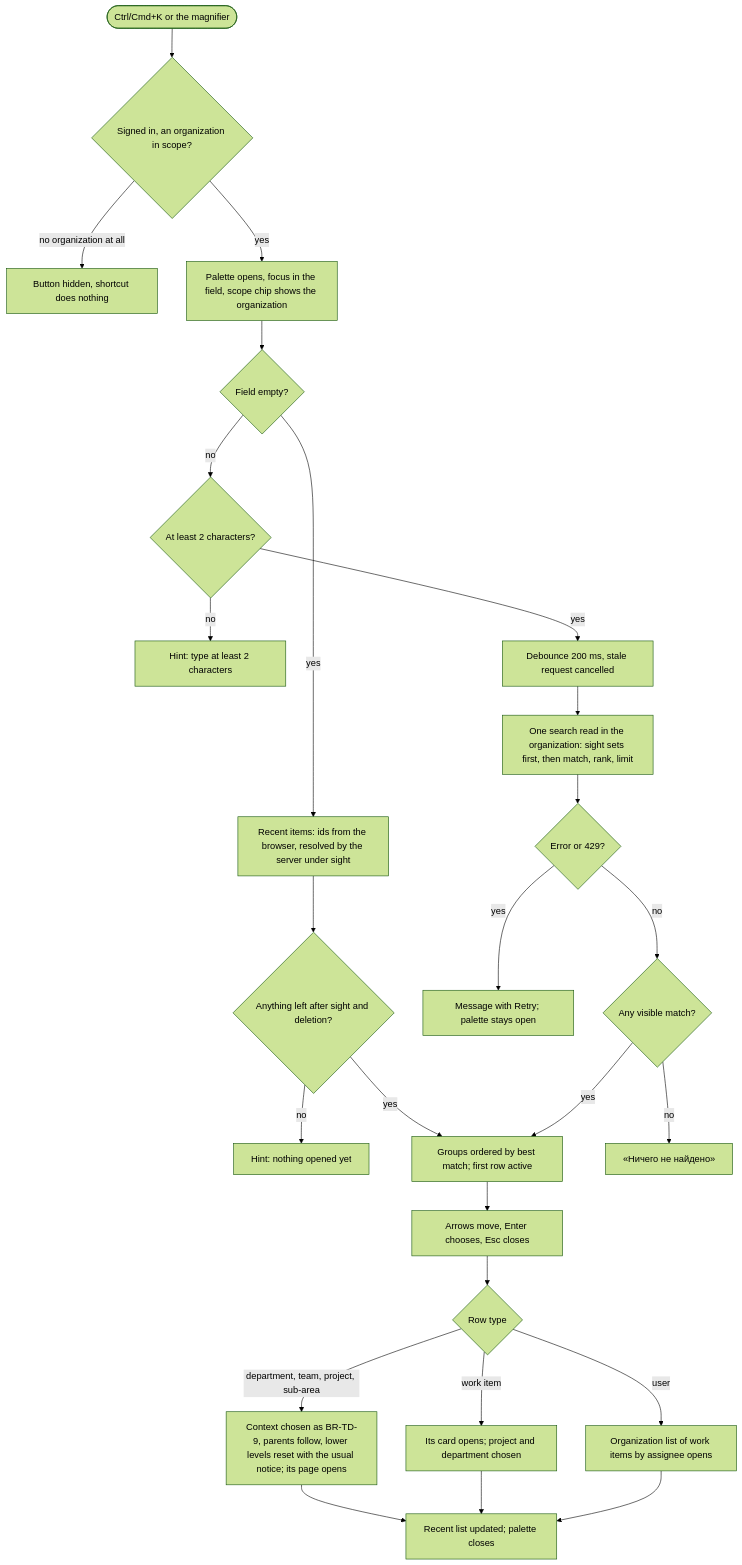
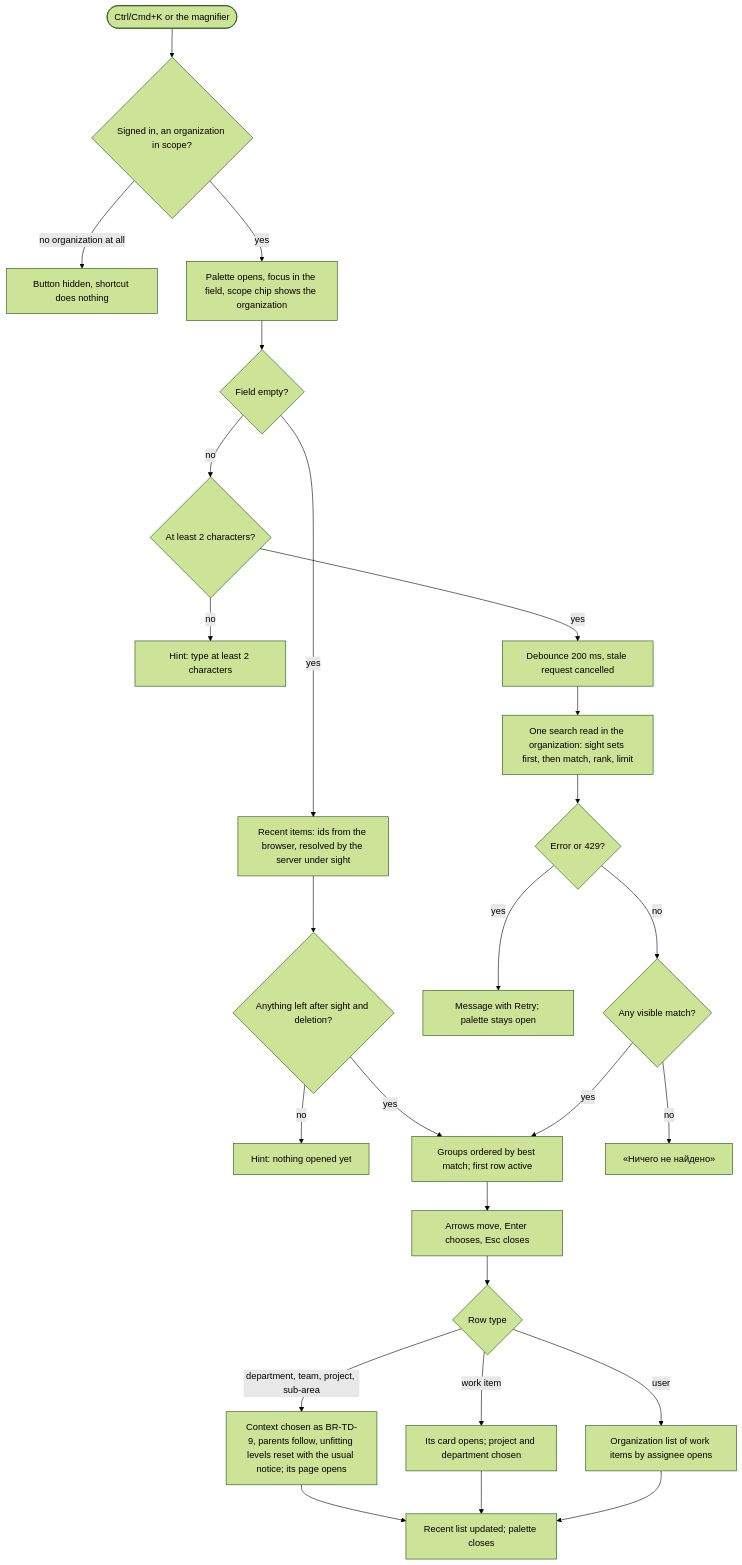
The diagram in docs/features/feat-065-global-search/spec.md (totKtoXam/mustask), drawn with Mermaid (forest theme) before and after one commit. The commit also changed other lines of this file and 8 other files, not shown here.

````diff
--- a/docs/features/feat-065-global-search/spec.md
+++ b/docs/features/feat-065-global-search/spec.md
@@ -34,28 +34,28 @@
 ```mermaid
 flowchart TD
     O([Ctrl/Cmd+K or the magnifier]) --> M{Signed in, an organization in scope?}
     M -->|no organization at all| M0[Button hidden, shortcut does nothing]
     M -->|yes| P[Palette opens, focus in the field, scope chip shows the organization]
     P --> F{Field empty?}
     F -->|yes| R[Recent items: ids from the browser, resolved by the server under sight]
     R --> R1{Anything left after sight and deletion?}
     R1 -->|no| R2[Hint: nothing opened yet]
     R1 -->|yes| L
     F -->|no| Q{At least 2 characters?}
     Q -->|no| Q0[Hint: type at least 2 characters]
     Q -->|yes| D[Debounce 200 ms, stale request cancelled]
     D --> S[One search read in the organization: sight sets first, then match, rank, limit]
     S --> E{Error or 429?}
     E -->|yes| E0[Message with Retry; palette stays open]
     E -->|no| G{Any visible match?}
     G -->|no| G0[«Ничего не найдено»]
     G -->|yes| L[Groups ordered by best match; first row active]
     L --> K[Arrows move, Enter chooses, Esc closes]
     K --> C{Row type}
-    C -->|department, team, project, sub-area| C1[Context chosen as BR-TD-9, parents follow, lower levels reset with the usual notice; its page opens]
+    C -->|department, team, project, sub-area| C1[Context chosen as BR-TD-9, parents follow, unfitting levels reset with the usual notice; its page opens]
     C -->|work item| C2[Its card opens; project and department chosen]
     C -->|user| C3[Organization list of work items by assignee opens]
     C1 --> Z[Recent list updated; palette closes]
     C2 --> Z
     C3 --> Z
 ```
````
